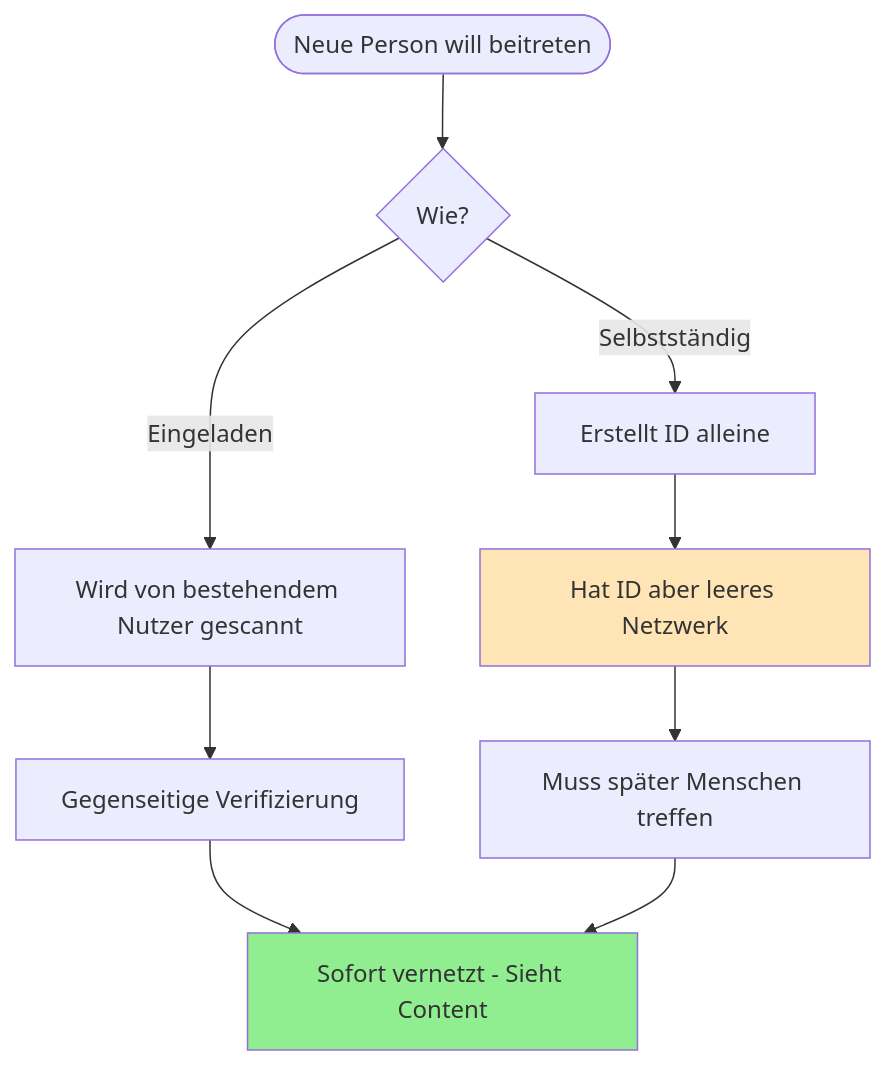
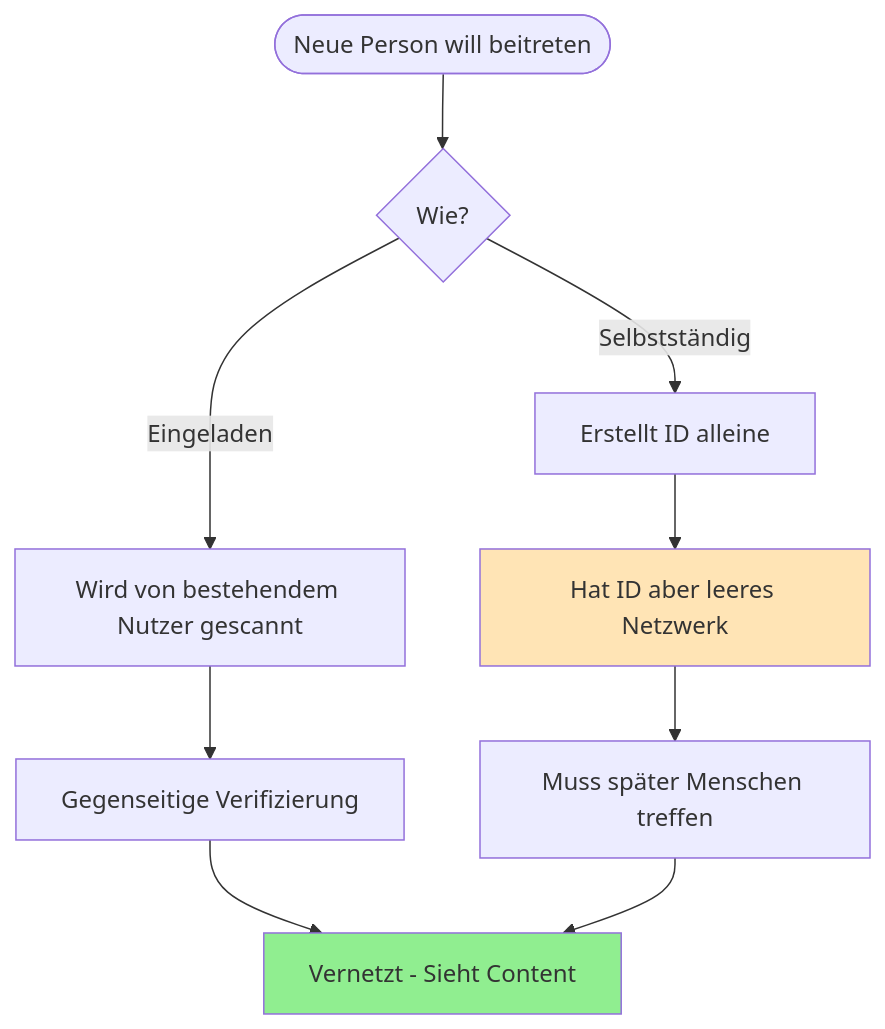
The first of 6 diagrams in 01-onboarding-nutzer-flow.md (antontranelis/web-of-trust-concept), drawn with Mermaid before and after one commit.

````diff
--- a/01-onboarding-nutzer-flow.md
+++ b/01-onboarding-nutzer-flow.md
@@ -7,17 +7,17 @@
 ```mermaid
 flowchart TD
     Start(["Neue Person will beitreten"]) --> How{"Wie?"}
     
     How -->|Eingeladen| Invited["Wird von bestehendem Nutzer gescannt"]
     How -->|Selbstständig| Solo["Erstellt ID alleine"]
     
     Invited --> Verify["Gegenseitige Verifizierung"]
-    Verify --> Connected["Sofort vernetzt - Sieht Content"]
+    Verify --> Connected["Vernetzt - Sieht Content"]
     
     Solo --> Alone["Hat ID aber leeres Netzwerk"]
     Alone --> Later["Muss später Menschen treffen"]
     Later --> Connected
     
     style Connected fill:#90EE90
     style Alone fill:#FFE4B5
 ```
````
